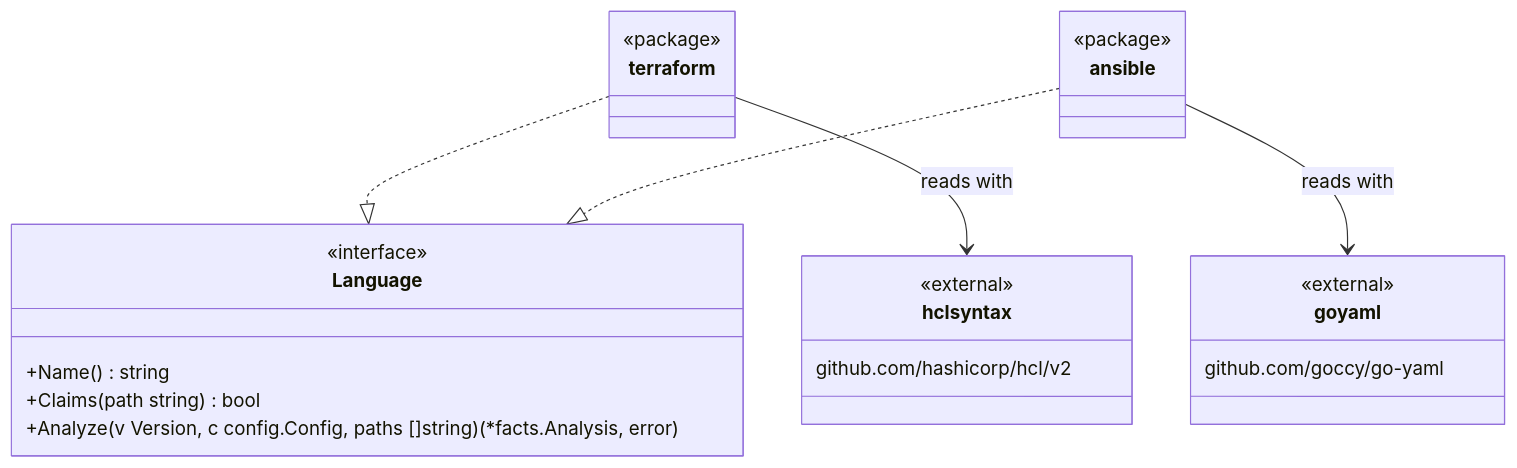
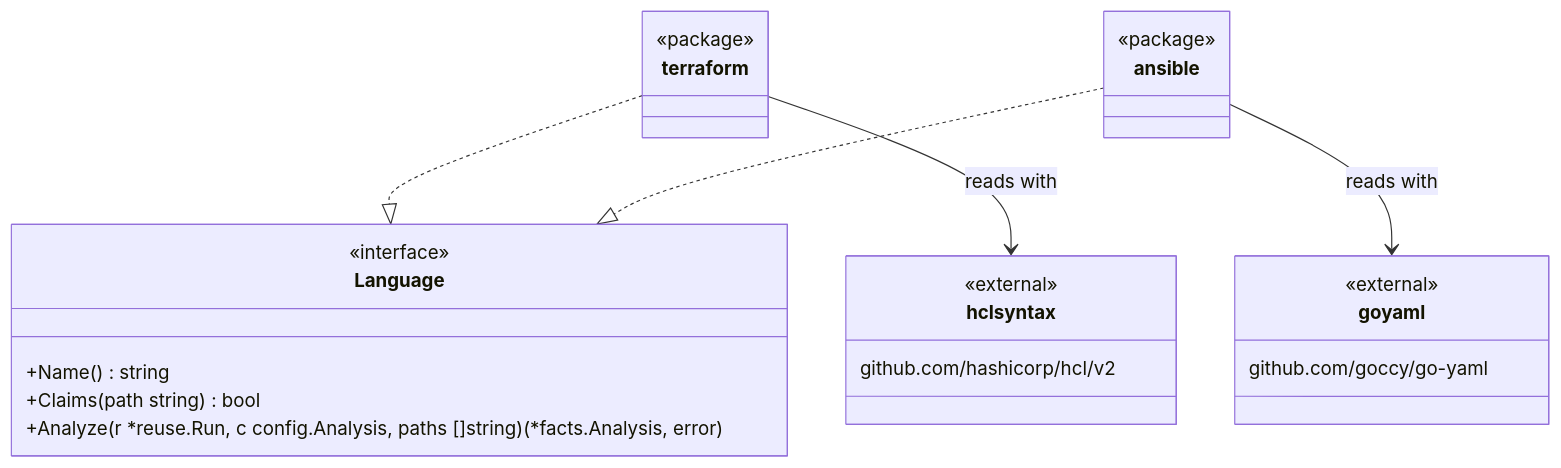
One commit to rerorets/hadome changed the diagram in docs/design/adapters-iac.md. Above: the diagram before and after it, drawn with Mermaid. The commit also changed 11 other files, not shown here.

Commit message:
The design of reusing analysis between base and head in one run (#122)

````diff
--- a/docs/design/adapters-iac.md
+++ b/docs/design/adapters-iac.md
@@ -7,27 +7,27 @@
 ```mermaid
 classDiagram
   class Language {
     <<interface>>
     +Name() string
     +Claims(path string) bool
-    +Analyze(v Version, c config.Config, paths []string) (*facts.Analysis, error)
+    +Analyze(r *reuse.Run, c config.Analysis, paths []string) (*facts.Analysis, error)
   }
   class terraform {
     <<package>>
   }
   class ansible {
     <<package>>
   }
   class hclsyntax {
     <<external>>
     github.com/hashicorp/hcl/v2
   }
   class goyaml {
     <<external>>
     github.com/goccy/go-yaml
   }
   terraform ..|> Language
   ansible ..|> Language
   terraform --> hclsyntax : reads with
   ansible --> goyaml : reads with
 ```
````
